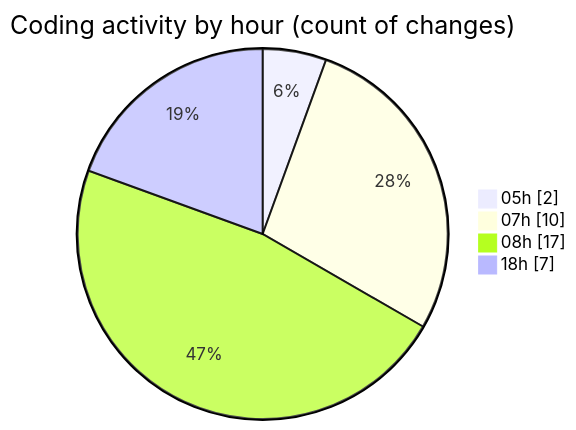
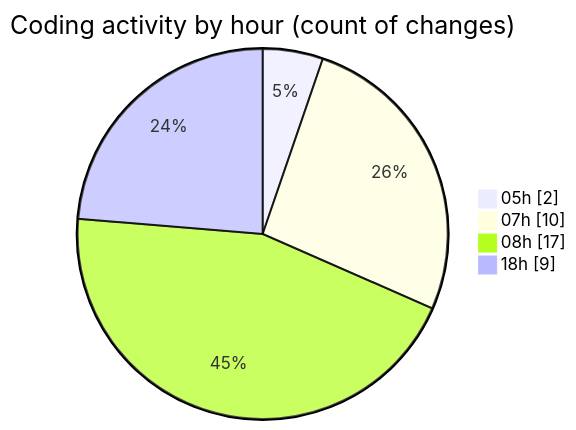
One commit to Elitesun/code-tracking changed the second of 2 diagrams in 2025-04-08/sungpt/README.md. Above: the diagram before and after it, drawn with Mermaid. The commit also changed other lines of this file and 1 other file, not shown here.

````diff
--- a/2025-04-08/sungpt/README.md
+++ b/2025-04-08/sungpt/README.md
@@ -39,8 +39,8 @@
 ```mermaid
 pie showData
 title Coding activity by hour (count of changes)
 "05h" : 2
 "07h" : 10
 "08h" : 17
-"18h" : 7
+"18h" : 9
 ```
````
